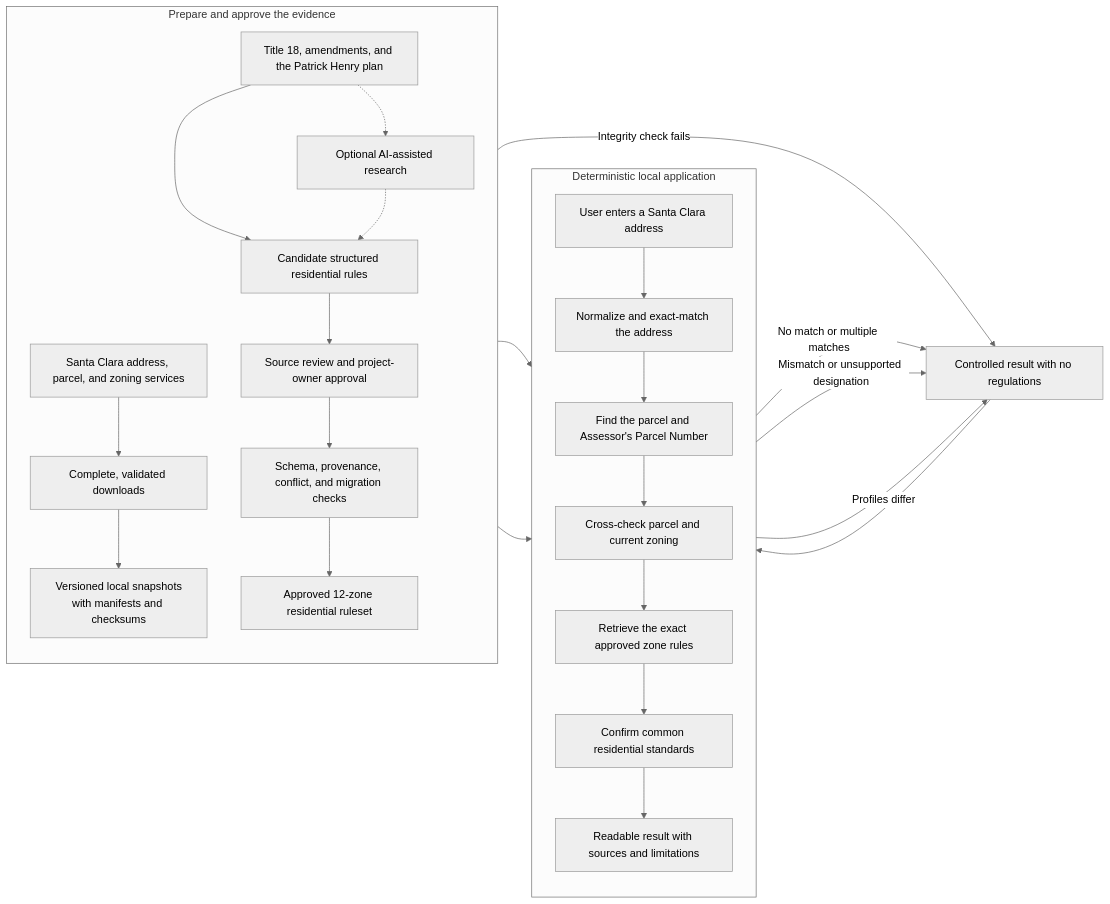
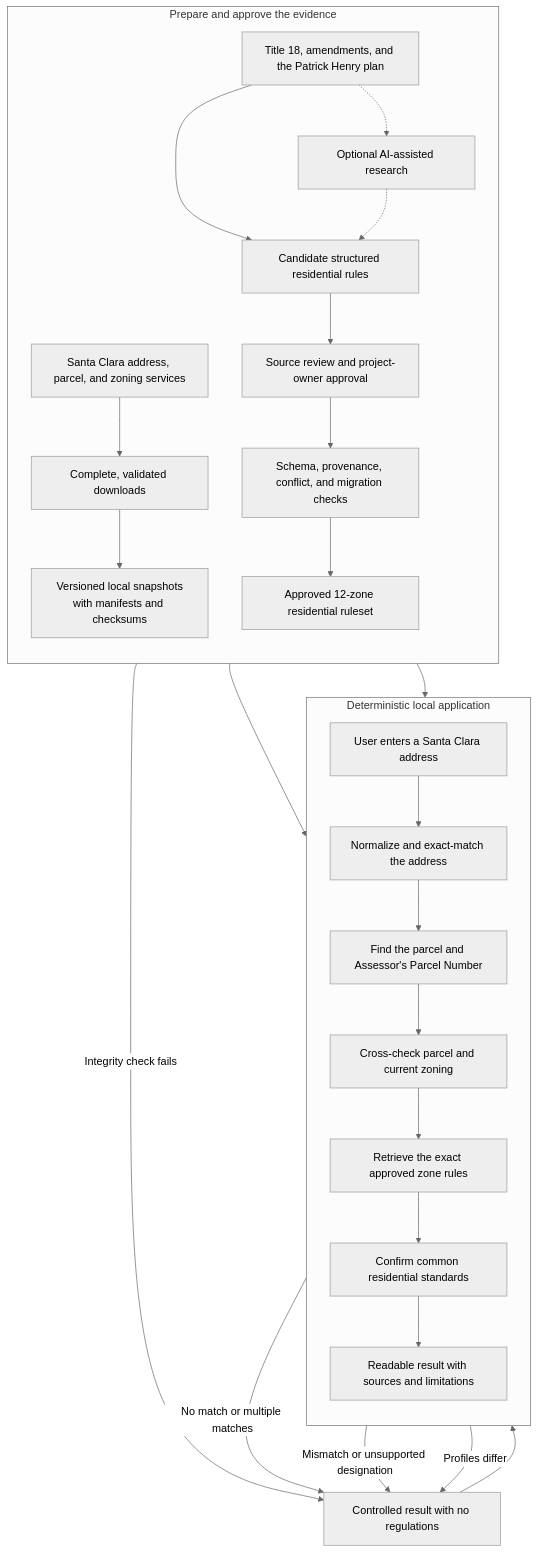
Before and after one commit to sukritganesh/SantaClaraZoningTool: the diagram in docs/santa-clara-zoning-explorer-report.md, drawn with Mermaid (neutral theme).

Commit message:
docs: make project diagram vertical

````diff
--- a/docs/santa-clara-zoning-explorer-report.md
+++ b/docs/santa-clara-zoning-explorer-report.md
@@ -68,34 +68,34 @@
 ```mermaid
-flowchart LR
+flowchart TB
     subgraph preparation["Prepare and approve the evidence"]
         direction TB
         gis["Santa Clara address, parcel, and zoning services"] --> download["Complete, validated downloads"]
         download --> snapshots["Versioned local snapshots<br/>with manifests and checksums"]
 
         sources["Title 18, amendments, and the Patrick Henry plan"] --> candidates["Candidate structured residential rules"]
         sources -.-> ai["Optional AI-assisted research"]
         ai -.-> candidates
         candidates --> review["Source review and project-owner approval"]
         review --> gates["Schema, provenance, conflict, and migration checks"]
         gates --> ruleset["Approved 12-zone residential ruleset"]
     end
 
     subgraph runtime["Deterministic local application"]
         direction TB
         user["User enters a Santa Clara address"] --> address["Normalize and exact-match the address"]
         address --> parcel["Find the parcel and Assessor's Parcel Number"]
         parcel --> zoning["Cross-check parcel and current zoning"]
         zoning --> rules["Retrieve the exact approved zone rules"]
         rules --> summary["Confirm common residential standards"]
         summary --> result["Readable result with sources and limitations"]
     end
 
     snapshots --> address
     ruleset --> rules
 
     address -->|No match or multiple matches| safe["Controlled result with no regulations"]
     zoning -->|Mismatch or unsupported designation| safe
     gates -->|Integrity check fails| safe
     summary -->|Profiles differ| safe
     safe --> result
 ```
````
